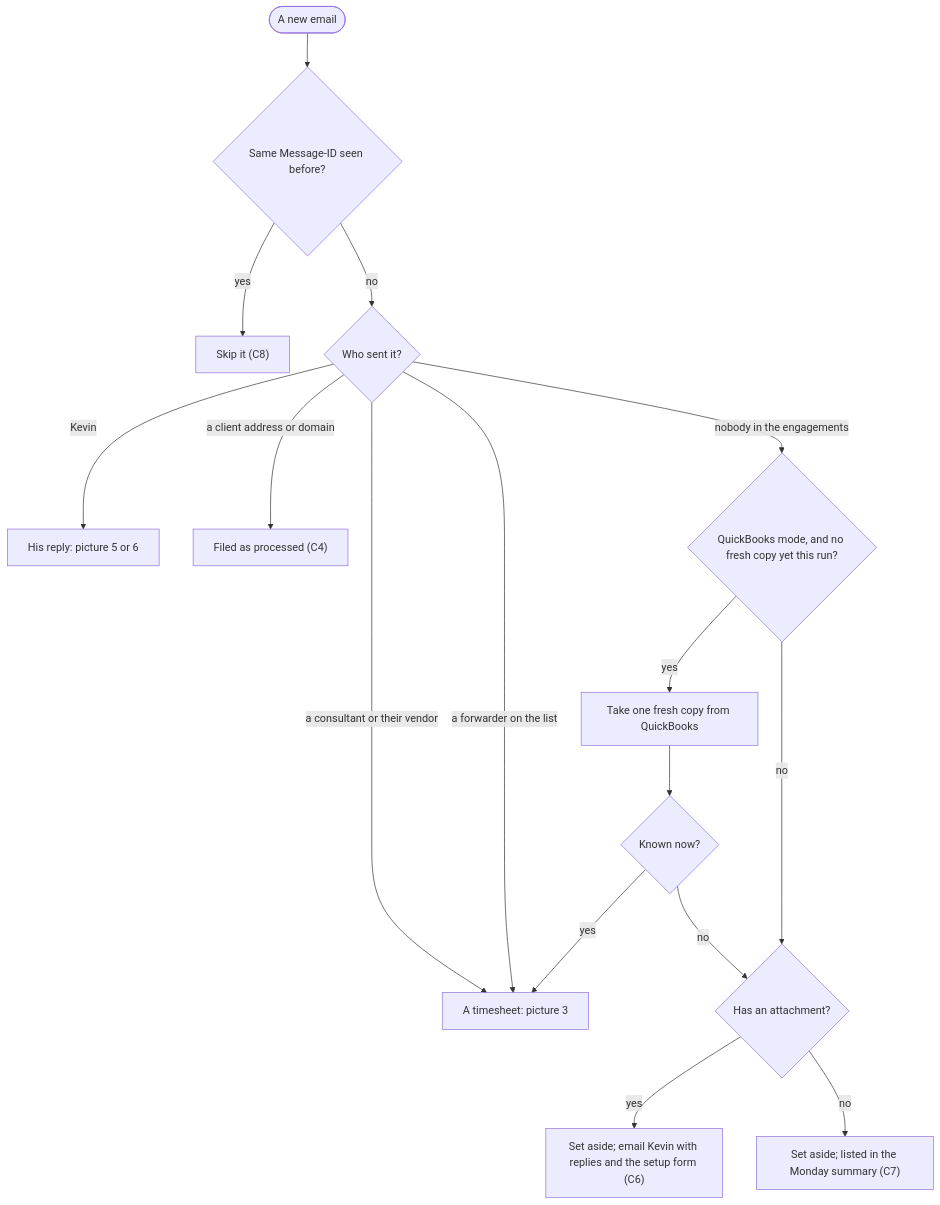
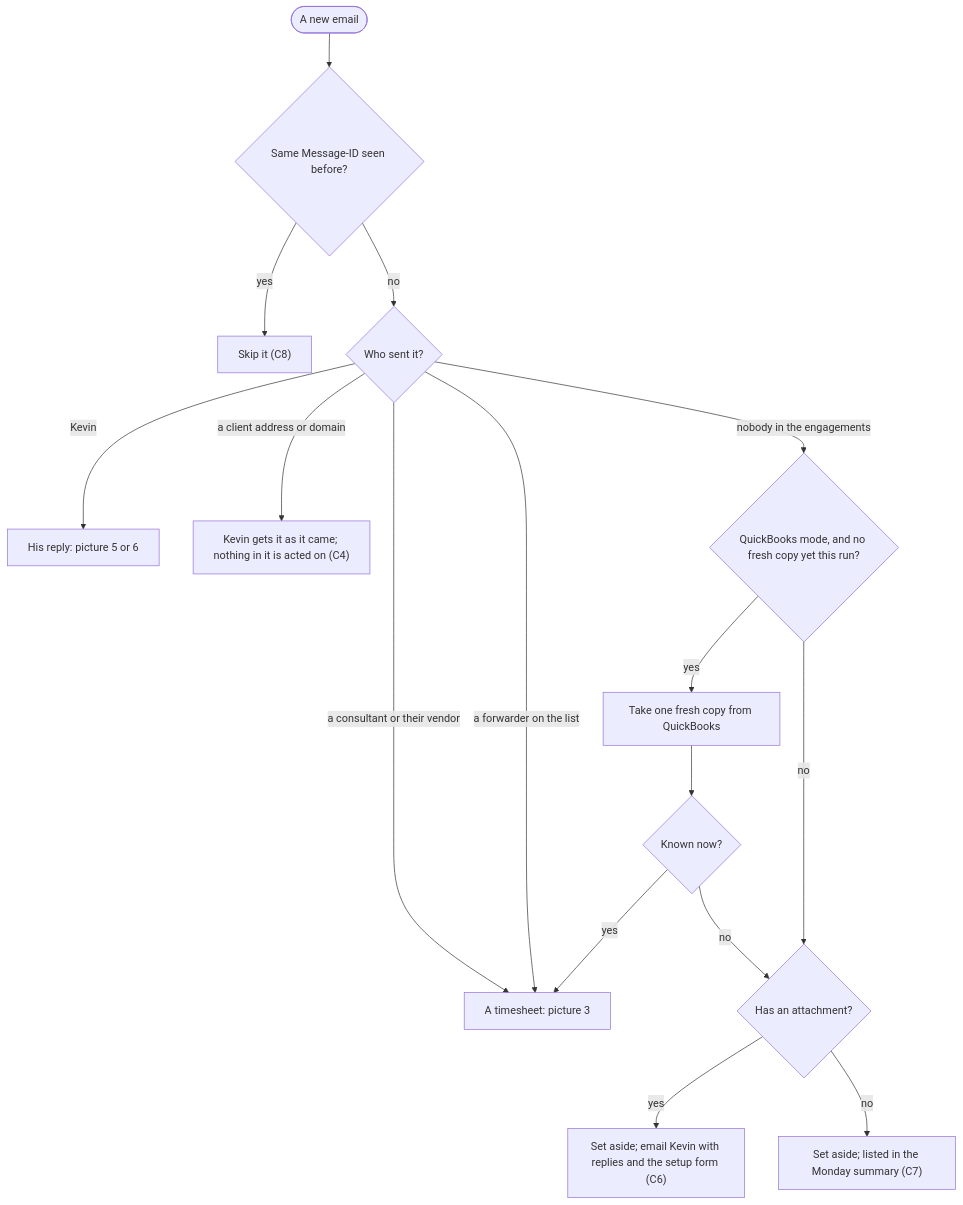
The second of 7 diagrams in docs/how-it-works.md (ARathie/finance-ops-agent), drawn with Mermaid before and after one commit. The commit also changed other lines of this file and 22 other files, not shown here.

````diff
--- a/docs/how-it-works.md
+++ b/docs/how-it-works.md
@@ -141,18 +141,18 @@
 ```mermaid
 flowchart TD
     e(["A new email"]) --> seen{"Same Message-ID seen before?"}
     seen -- "yes" --> skip["Skip it (C8)"]
     seen -- "no" --> who{"Who sent it?"}
     who -- "Kevin" --> kevin["His reply: picture 5 or 6"]
     who -- "a consultant or their vendor" --> ts["A timesheet: picture 3"]
     who -- "a forwarder on the list" --> ts
-    who -- "a client address or domain" --> client["Filed as processed (C4)"]
+    who -- "a client address or domain" --> client["Kevin gets it as it came; nothing in it is acted on (C4)"]
     who -- "nobody in the engagements" --> mode{"QuickBooks mode, and no fresh copy yet this run?"}
     mode -- "yes" --> refresh["Take one fresh copy from QuickBooks"]
     refresh --> again{"Known now?"}
     again -- "yes" --> ts
     again -- "no" --> unknown
     mode -- "no" --> unknown{"Has an attachment?"}
     unknown -- "yes" --> asidemail["Set aside; email Kevin with replies and the setup form (C6)"]
     unknown -- "no" --> asidequiet["Set aside; listed in the Monday summary (C7)"]
 ```
````
